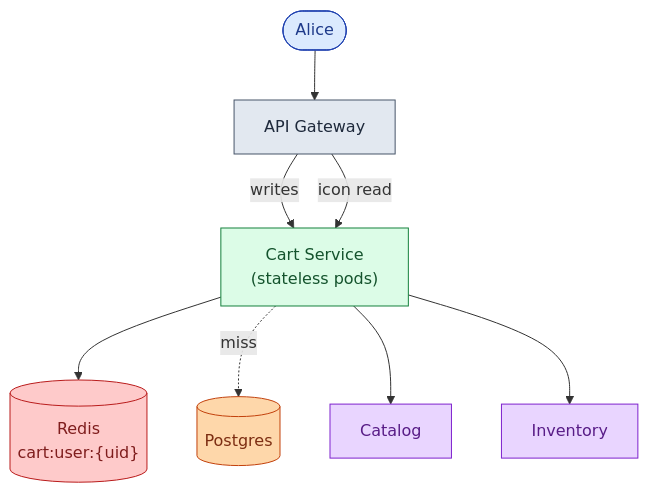
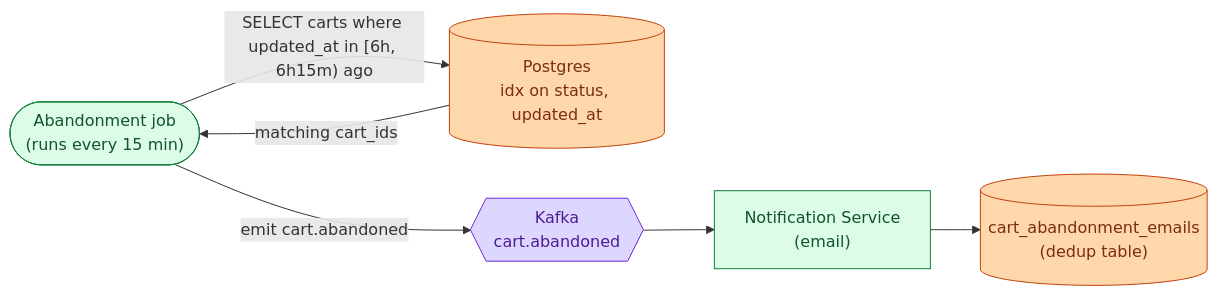
One commit to shiningflash/system-design changed the seventh of 11 diagrams in problems/012-shopping-cart/question.md. Above: the diagram before and after it, drawn with Mermaid. The commit also changed other lines of this file and 37 other files, not shown here.

````diff
--- a/problems/012-shopping-cart/question.md
+++ b/problems/012-shopping-cart/question.md
@@ -321,17 +368,18 @@
 ```mermaid
-flowchart TB
-    C([Alice]):::user --> GW["API Gateway"]:::edge
-    GW -->|writes| CS["Cart Service<br/>(stateless pods)"]:::app
-    GW -->|icon read| CS
-    CS --> R[("Redis<br/>cart:user:{uid}")]:::cache
-    CS -.miss.-> DB[("Postgres")]:::db
-    CS --> Cat["Catalog"]:::ext
-    CS --> Inv["Inventory"]:::ext
+flowchart LR
+    Job(["Abandonment job<br/>(runs every 15 min)"]):::app
+    DB[("Postgres<br/>idx on status, updated_at")]:::db
+    K{{"Kafka<br/>cart.abandoned"}}:::queue
+    Email["Notification Service<br/>(email)"]:::app
+    Dedup[("cart_abandonment_emails<br/>(dedup table)")]:::db
 
-    classDef user fill:#dbeafe,stroke:#1e40af,color:#1e3a8a
-    classDef edge fill:#e2e8f0,stroke:#475569,color:#1e293b
+    Job -->|"SELECT carts where updated_at in [6h, 6h15m) ago"| DB
+    DB -->|"matching cart_ids"| Job
+    Job -->|"emit cart.abandoned"| K
+    K --> Email
+    Email --> Dedup
+
     classDef app fill:#dcfce7,stroke:#15803d,color:#14532d
     classDef db fill:#fed7aa,stroke:#c2410c,color:#7c2d12
-    classDef cache fill:#fecaca,stroke:#b91c1c,color:#7f1d1d
-    classDef ext fill:#e9d5ff,stroke:#7e22ce,color:#581c87
+    classDef queue fill:#ddd6fe,stroke:#6d28d9,color:#4c1d95
 ```
````
